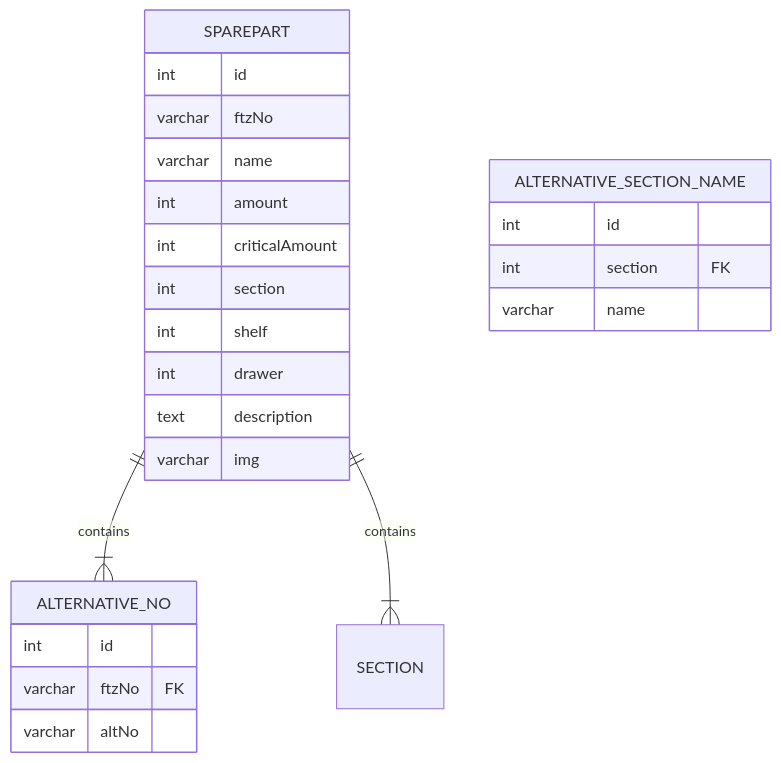
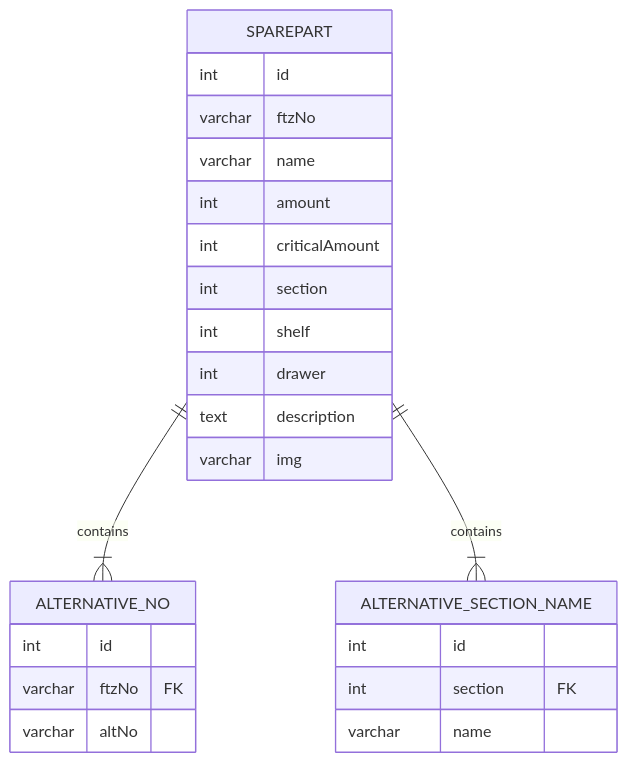
The diagram in README.md (LinusTM/inventory-system), drawn with Mermaid before and after one commit.

Commit message:
updated mermaid

````diff
--- a/README.md
+++ b/README.md
@@ -7,27 +7,27 @@
 ```mermaid
 erDiagram
 SPAREPART ||--|{ ALTERNATIVE_NO : contains
-SPAREPART ||--|{ SECTION : contains
+SPAREPART ||--|{ ALTERNATIVE_SECTION_NAME : contains
 SPAREPART {
 	int id
 		varchar ftzNo
 		varchar name
 		int amount
 		int criticalAmount
 		int section
 		int shelf
 		int drawer
 		text description
 		varchar img
 	}
 	ALTERNATIVE_NO {
 		int id
 			varchar ftzNo FK
 			varchar altNo
 	}
 	ALTERNATIVE_SECTION_NAME {
 		int id
 			int section FK
 			varchar name
 	}
 ```
````
